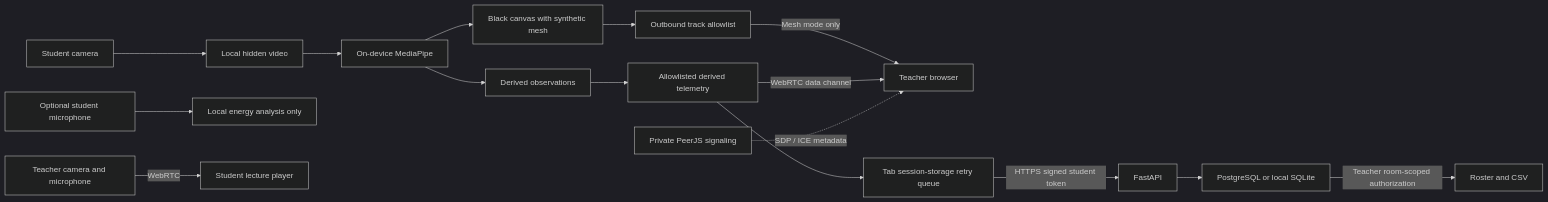
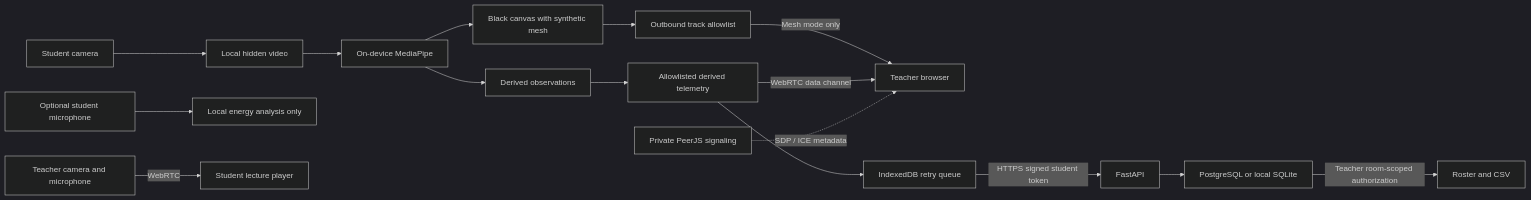
Before and after one commit to rahulsharma-crtl/Eduguard: the diagram in PRIVACY.md, drawn with Mermaid (dark theme). The commit also changed other lines of this file and 22 other files, not shown here.

````diff
--- a/PRIVACY.md
+++ b/PRIVACY.md
@@ -16,18 +16,18 @@
 ```mermaid
 flowchart LR
   C[Student camera] --> L[Local hidden video]
   L --> M[On-device MediaPipe]
   M --> K[Derived observations]
   M --> B[Black canvas with synthetic mesh]
   B --> G[Outbound track allowlist]
   G -->|Mesh mode only| T[Teacher browser]
   K --> Q[Allowlisted derived telemetry]
   Q -->|WebRTC data channel| T
-  Q --> O[Tab session-storage retry queue]
+  Q --> O[IndexedDB retry queue]
   O -->|HTTPS signed student token| A[FastAPI]
   A --> D[PostgreSQL or local SQLite]
   D -->|Teacher room-scoped authorization| R[Roster and CSV]
   U[Optional student microphone] --> E[Local energy analysis only]
   P[Private PeerJS signaling] -. SDP / ICE metadata .-> T
   H[Teacher camera and microphone] -->|WebRTC| S[Student lecture player]
 ```
````
